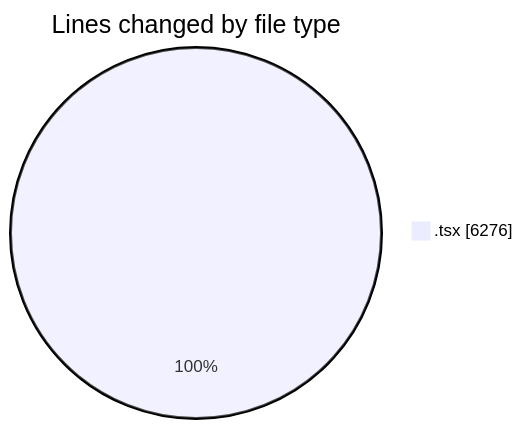
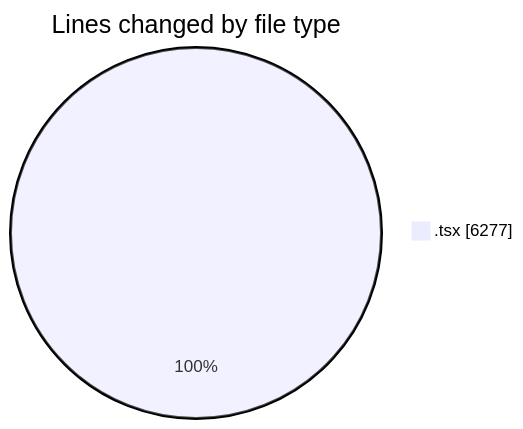
Before and after one commit to momahboobian/code-tracking: the first of 2 diagrams in 2025-12-04/cda/README.md, drawn with Mermaid. The commit also changed other lines of this file and 1 other file, not shown here.

````diff
--- a/2025-12-04/cda/README.md
+++ b/2025-12-04/cda/README.md
@@ -23,5 +23,5 @@
 ```mermaid
 pie showData
 title Lines changed by file type
-".tsx" : 6276
+".tsx" : 6277
 ```
````
